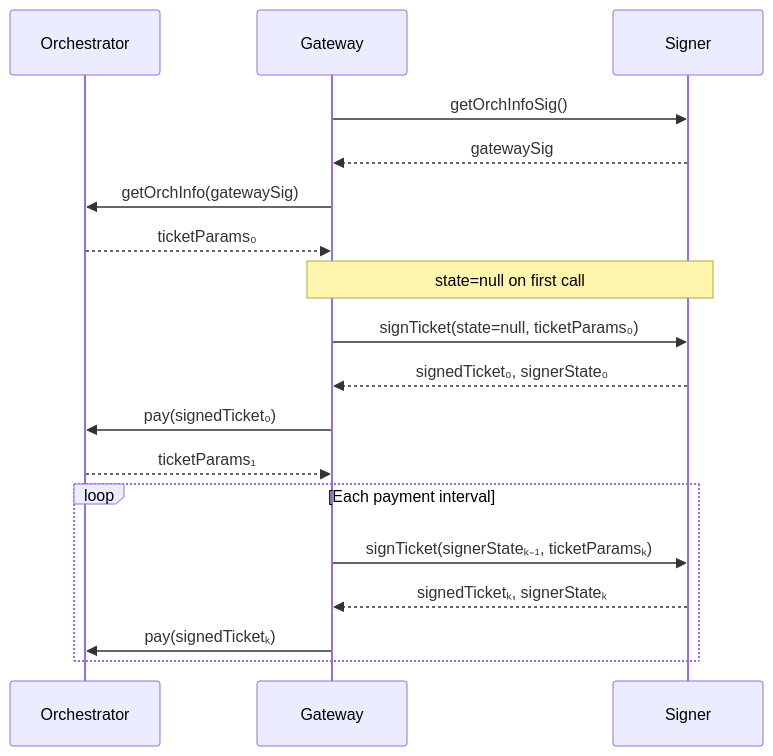
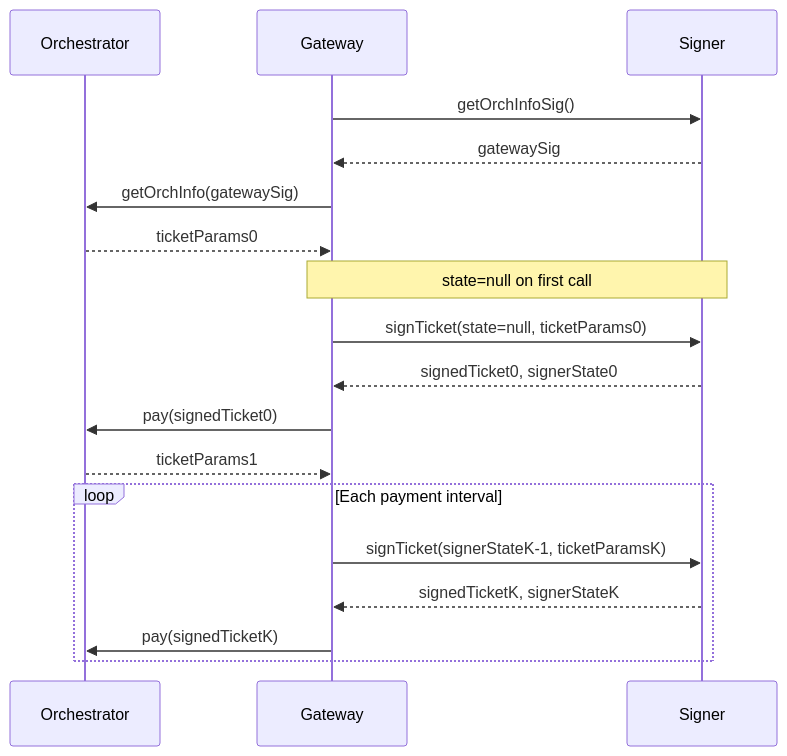
Before and after one commit to sidestream-tech/livepeer-docs: the diagram in v2/gateways/guides/payments-and-pricing/remote-signers.mdx, drawn with Mermaid. The commit also changed other lines of this file and 117 other files, not shown here.

````diff
--- a/v2/gateways/guides/payments-and-pricing/remote-signers.mdx
+++ b/v2/gateways/guides/payments-and-pricing/remote-signers.mdx
@@ -86,24 +110,25 @@
 ```mermaid
+%%{init: {'theme': 'base', 'themeVariables': { 'primaryColor': '#2b9a66', 'primaryTextColor': '#E0E4E0', 'primaryBorderColor': '#18794E', 'lineColor': '#2b9a66', 'secondaryColor': '#1a1a1a', 'tertiaryColor': '#3CB540', 'background': '#0d0d0d', 'fontFamily': "Inter, 'Inter Fallback', -apple-system, system-ui" }}}%%
 sequenceDiagram
     participant O as Orchestrator
     participant G as Gateway
     participant S as Signer
 
     G->>S: getOrchInfoSig()
     S-->>G: gatewaySig
     G->>O: getOrchInfo(gatewaySig)
-    O-->>G: ticketParams₀
+    O-->>G: ticketParams0
 
     Note over G,S: state=null on first call
-    G->>S: signTicket(state=null, ticketParams₀)
-    S-->>G: signedTicket₀, signerState₀
+    G->>S: signTicket(state=null, ticketParams0)
+    S-->>G: signedTicket0, signerState0
 
-    G->>O: pay(signedTicket₀)
-    O-->>G: ticketParams₁
+    G->>O: pay(signedTicket0)
+    O-->>G: ticketParams1
 
     loop Each payment interval
-        G->>S: signTicket(signerStateₖ₋₁, ticketParamsₖ)
-        S-->>G: signedTicketₖ, signerStateₖ
-        G->>O: pay(signedTicketₖ)
+        G->>S: signTicket(signerStateK-1, ticketParamsK)
+        S-->>G: signedTicketK, signerStateK
+        G->>O: pay(signedTicketK)
     end
 ```
````
